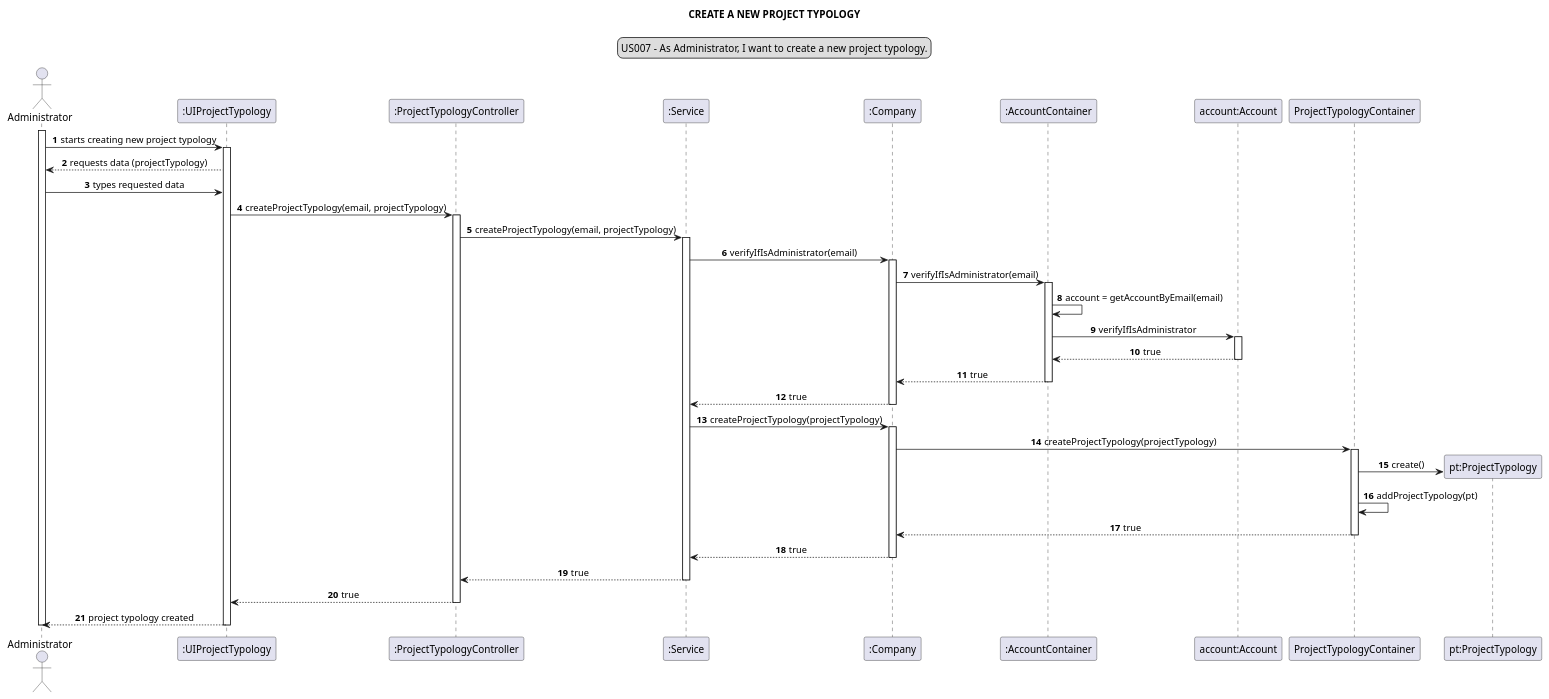
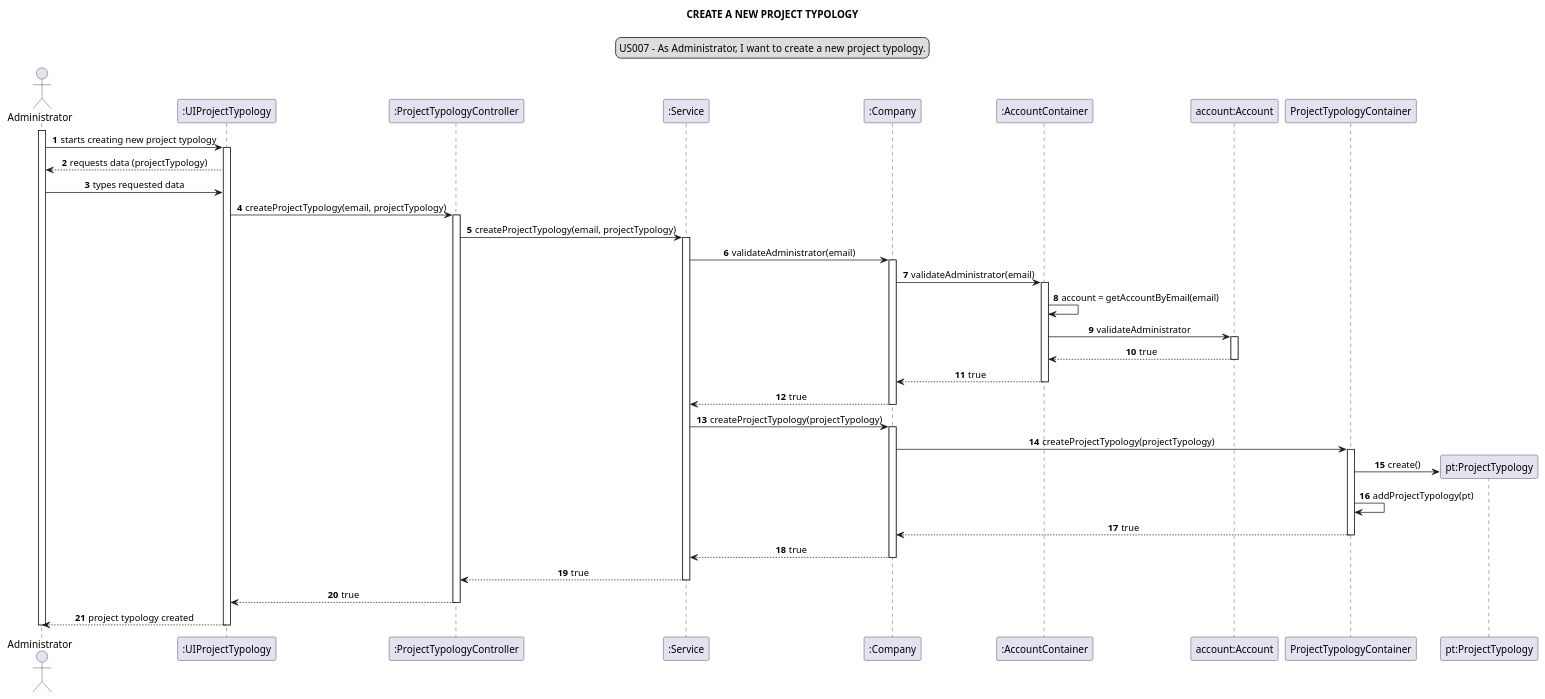
The diagram in docs/modelling_design/user_stories/us007/US007_sequenceDiagram.puml (Loracline/project_switch_22-23), drawn with PlantUML before and after one commit. The commit also changed 9 other files, not shown here.

Commit message:
US 007 : Design : Refinement of class diagram and sequence diagram

```diff
--- a/docs/modelling_design/user_stories/us007/US007_sequenceDiagram.puml
+++ b/docs/modelling_design/user_stories/us007/US007_sequenceDiagram.puml
@@ -1,62 +1,62 @@
 @startuml
 'https://plantuml.com/sequence-diagram
 
 autonumber
 skinparam sequenceMessageAlign center
 title CREATE A NEW PROJECT TYPOLOGY
 legend top
 US007 - As Administrator, I want to create a new project typology.
 end legend
 
 actor Administrator as a
 participant ":UIProjectTypology" as ui
 participant ":ProjectTypologyController" as ct
 participant ":Service" as sv
 participant ":Company" as c
 participant ":AccountContainer" as acc
 participant "account:Account" as ac
 participant "ProjectTypologyContainer" as ptc
 participant "pt:ProjectTypology" as pty
 
 
 activate a
 a -> ui: starts creating new project typology
 activate ui
 ui --> a: requests data (projectTypology)
 a -> ui: types requested data
 ui -> ct: createProjectTypology(email, projectTypology)
 activate ct
 ct -> sv: createProjectTypology(email, projectTypology)
 activate sv
-sv -> c: verifyIfIsAdministrator(email)
+sv -> c: validateAdministrator(email)
 activate c
-c -> acc: verifyIfIsAdministrator(email)
+c -> acc: validateAdministrator(email)
 activate acc
 acc -> acc: account = getAccountByEmail(email)
-acc -> ac: verifyIfIsAdministrator
+acc -> ac: validateAdministrator
 activate ac
 ac --> acc: true
 deactivate ac
 acc --> c: true
 deactivate acc
 c --> sv: true
 deactivate c
 sv -> c: createProjectTypology(projectTypology)
 activate c
 c -> ptc: createProjectTypology(projectTypology)
 activate ptc
 create pty
 ptc -> pty: create()
 ptc -> ptc: addProjectTypology(pt)
 ptc --> c: true
 deactivate ptc
 c --> sv: true
 deactivate c
 sv --> ct: true
 deactivate sv
 ct --> ui: true
 deactivate ct
 ui --> a: project typology created
 deactivate ui
 deactivate a
 @enduml
```
